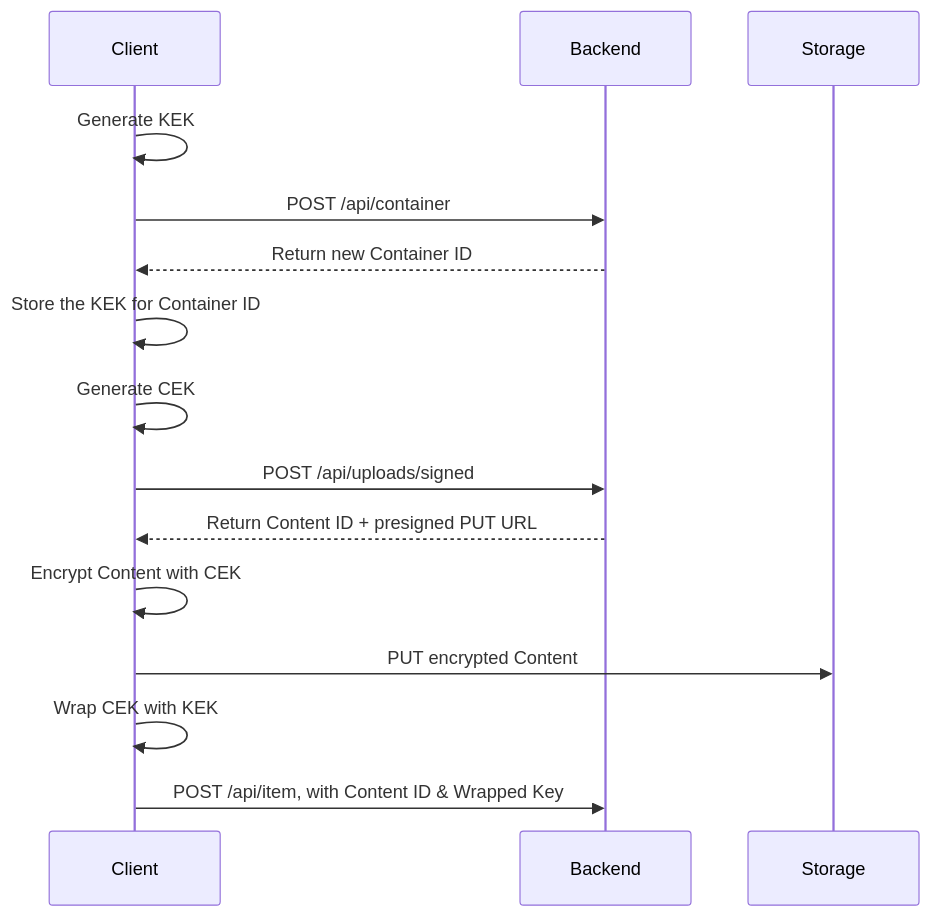
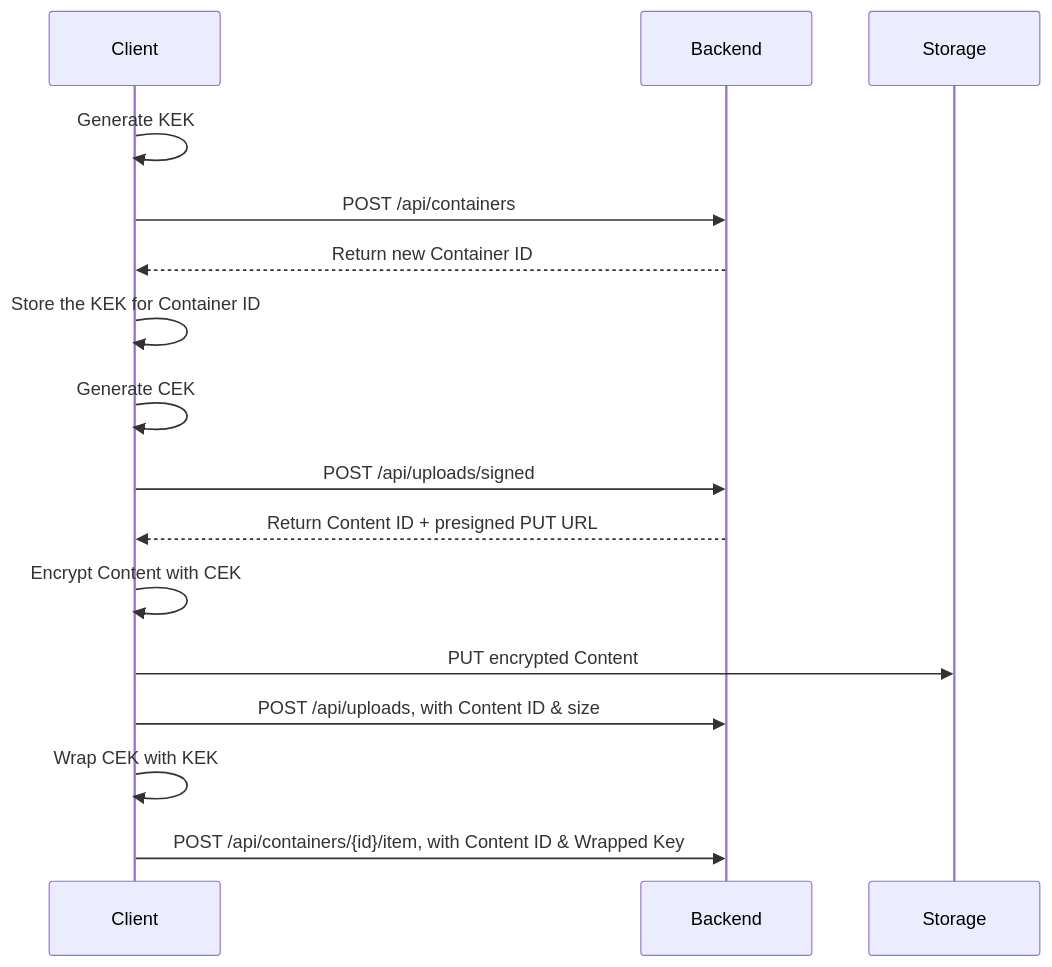
One commit to thunderbird/tbpro-add-on changed the second of 4 diagrams in packages/send/docs/EngDesignDoc.md. Above: the diagram before and after it, drawn with Mermaid. The commit also changed other lines of this file and 14 other files, not shown here.

````diff
--- a/packages/send/docs/EngDesignDoc.md
+++ b/packages/send/docs/EngDesignDoc.md
@@ -129,14 +132,15 @@
 ```mermaid
 sequenceDiagram
 Client ->> Client: Generate KEK
-Client ->> Backend: POST /api/container
+Client ->> Backend: POST /api/containers
 Backend -->> Client: Return new Container ID
 Client ->> Client: Store the KEK for Container ID
 Client ->> Client: Generate CEK
 Client ->> Backend: POST /api/uploads/signed
 Backend -->> Client: Return Content ID + presigned PUT URL
 Client ->> Client: Encrypt Content with CEK
 Client ->> Storage: PUT encrypted Content
+Client ->> Backend: POST /api/uploads, with Content ID & size
 Client ->> Client: Wrap CEK with KEK
-Client ->> Backend: POST /api/item, with Content ID & Wrapped Key
+Client ->> Backend: POST /api/containers/{id}/item, with Content ID & Wrapped Key
 ```
````
